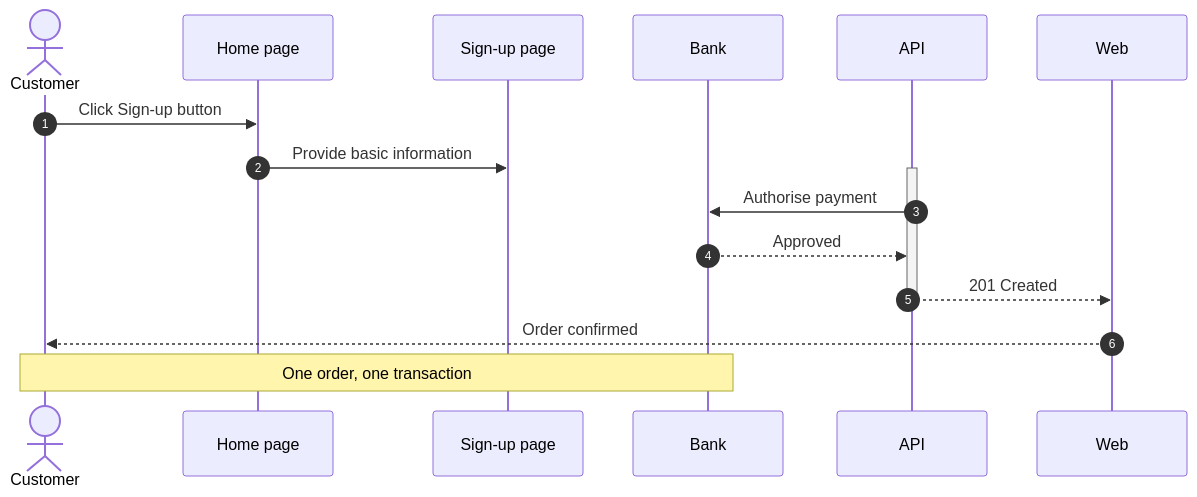
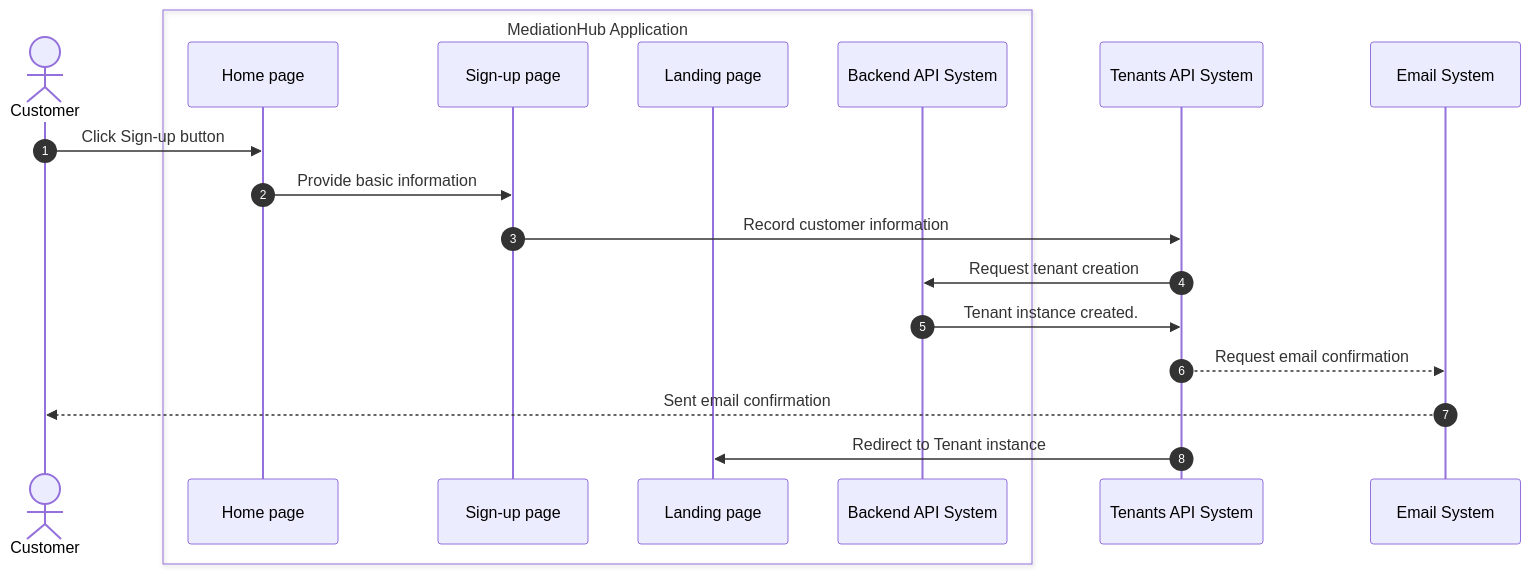
Before and after one commit to Cecildt/multi-tenants-web-platform: the second of 2 diagrams in design-docs/process-designs/registration-onboarding.md, drawn with Mermaid. The commit also changed other lines of this file and 4 other files, not shown here.

````diff
--- a/design-docs/process-designs/registration-onboarding.md
+++ b/design-docs/process-designs/registration-onboarding.md
@@ -32,19 +25,23 @@
 ```mermaid
 sequenceDiagram
   autonumber
   actor Customer
-  participant Home as Home page
-  participant SignUp as Sign-up page
-  participant Bank
+  box MediationHub Application
+    participant Home as Home page
+    participant SignUp as Sign-up page
+    participant Landing as Landing page
+    participant MediationHub as Backend API System
+  end
+  participant Tenants as Tenants API System
+  participant Email as Email System
+  
   Customer->>Home: Click Sign-up button
   Home->>SignUp: Provide basic information
-  activate API
-  API->>Bank: Authorise payment
-  Bank-->>API: Approved
-  API-->>Web: 201 Created
-  deactivate API
-  Web-->>Customer: Order confirmed
-  Note over Customer,Bank: One order, one transaction
-
-
+  SignUp->>Tenants: Record customer information
+  Tenants->>MediationHub: Request tenant creation
+  MediationHub->>Tenants: Tenant instance created.
+  Tenants-->>Email: Request email confirmation
+  Email-->>Customer: Sent email confirmation
+  Tenants->>Landing: Redirect to Tenant instance
+  
 ```
````
